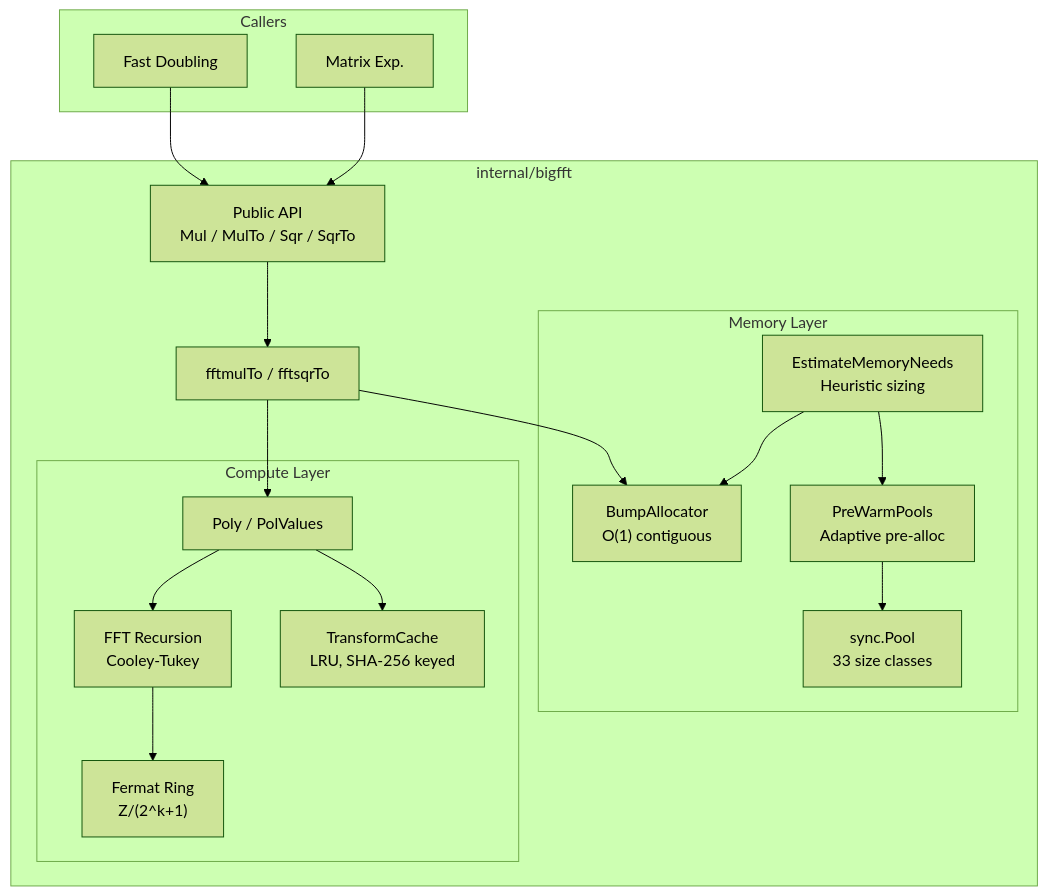
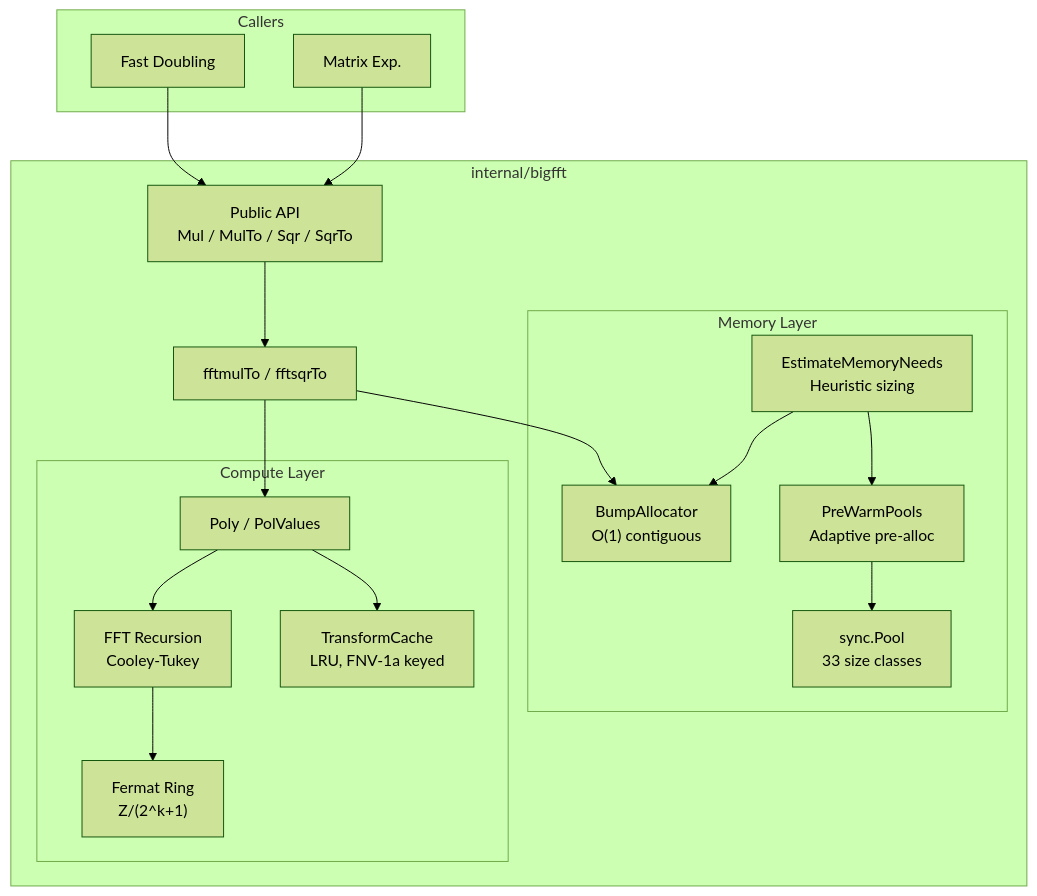
Before and after one commit to agbruneau/Fibonacci: the fifth of 5 diagrams in docs/algorithms/BIGFFT.md, drawn with Mermaid (forest theme). The commit also changed other lines of this file and 20 other files, not shown here.

````diff
--- a/docs/algorithms/BIGFFT.md
+++ b/docs/algorithms/BIGFFT.md
@@ -628,39 +644,39 @@
 ```mermaid
 flowchart TD
     subgraph Callers["Callers"]
         FD["Fast Doubling"]
         ME["Matrix Exp."]
     end
 
     subgraph BigFFT["internal/bigfft"]
         API["Public API\nMul / MulTo / Sqr / SqrTo"]
         Core["fftmulTo / fftsqrTo"]
 
         subgraph Alloc["Memory Layer"]
             Bump["BumpAllocator\nO(1) contiguous"]
             Pool["sync.Pool\n33 size classes"]
             Warm["PreWarmPools\nAdaptive pre-alloc"]
             Est["EstimateMemoryNeeds\nHeuristic sizing"]
         end
 
         subgraph Compute["Compute Layer"]
             Poly["Poly / PolValues"]
             Fermat["Fermat Ring\nZ/(2^k+1)"]
             FFTRec["FFT Recursion\nCooley-Tukey"]
-            Cache["TransformCache\nLRU, SHA-256 keyed"]
+            Cache["TransformCache\nLRU, FNV-1a keyed"]
         end
 
     end
 
     FD --> API
     ME --> API
     API --> Core
     Core --> Bump
     Core --> Poly
     Poly --> Cache
     Poly --> FFTRec
     FFTRec --> Fermat
     Warm --> Pool
     Est --> Warm
     Est --> Bump
 ```
````
